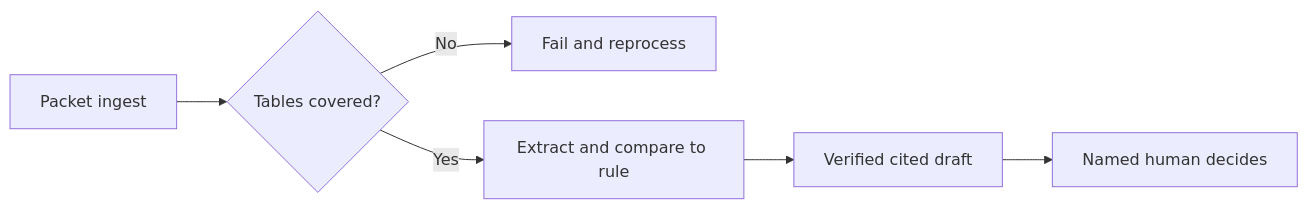
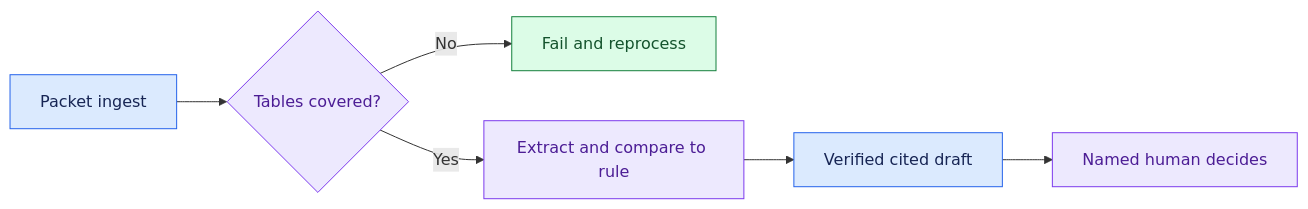
One commit to Sourav692/Forward-Deployed-Engineer-Interview-Prep changed the diagram in site/content/modules/15-fde-case-studies/knowledge-retrieval/document-review-copilot/intro.md. Above: the diagram before and after it, drawn with Mermaid. The commit also changed other lines of this file and 1268 other files, not shown here.

First line of the commit message:
content: polish Casebook writing and Mermaid diagrams (#251)

````diff
--- a/site/content/modules/15-fde-case-studies/knowledge-retrieval/document-review-copilot/intro.md
+++ b/site/content/modules/15-fde-case-studies/knowledge-retrieval/document-review-copilot/intro.md
@@ -15,8 +20,16 @@
 ```mermaid
 flowchart LR
   A[Packet ingest] --> B{Tables covered?}
   B -->|No| C[Fail and reprocess]
   B -->|Yes| D[Extract and compare to rule]
   D --> E[Verified cited draft]
   E --> F[Named human decides]
+
+    %% Casebook colours: entry, reasoning, results, controls, and stopped paths.
+    classDef cbInput fill:#dbeafe,stroke:#2563eb,color:#172554
+    class A,E cbInput
+    classDef cbReason fill:#ede9fe,stroke:#7c3aed,color:#4c1d95
+    class B,D,F cbReason
+    classDef cbAction fill:#dcfce7,stroke:#15803d,color:#14532d
+    class C cbAction
 ```
````
